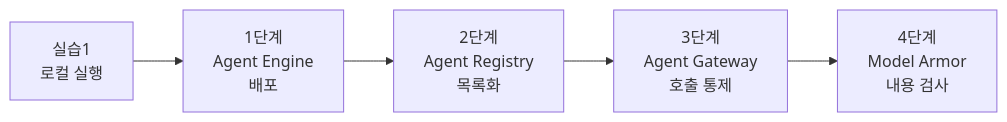
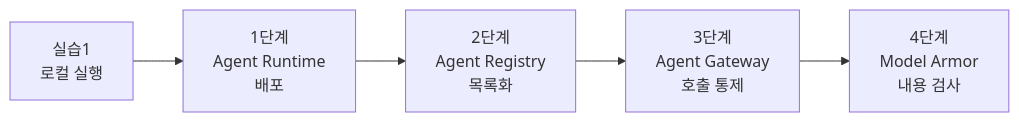
Before and after one commit to p219116/track3-2: the first of 6 diagrams in README.md, drawn with Mermaid. The commit also changed other lines of this file, not shown here.

Commit message:
docs: Agent Engine 명칭을 Agent Runtime으로 통일

````diff
--- a/README.md
+++ b/README.md
@@ -7,7 +7,7 @@
 ```mermaid
 flowchart LR
-    P1["실습1<br/>로컬 실행"] --> S1["1단계<br/>Agent Engine<br/>배포"]
+    P1["실습1<br/>로컬 실행"] --> S1["1단계<br/>Agent Runtime<br/>배포"]
     S1 --> S2["2단계<br/>Agent Registry<br/>목록화"]
     S2 --> S3["3단계<br/>Agent Gateway<br/>호출 통제"]
     S3 --> S4["4단계<br/>Model Armor<br/>내용 검사"]
 ```
````
